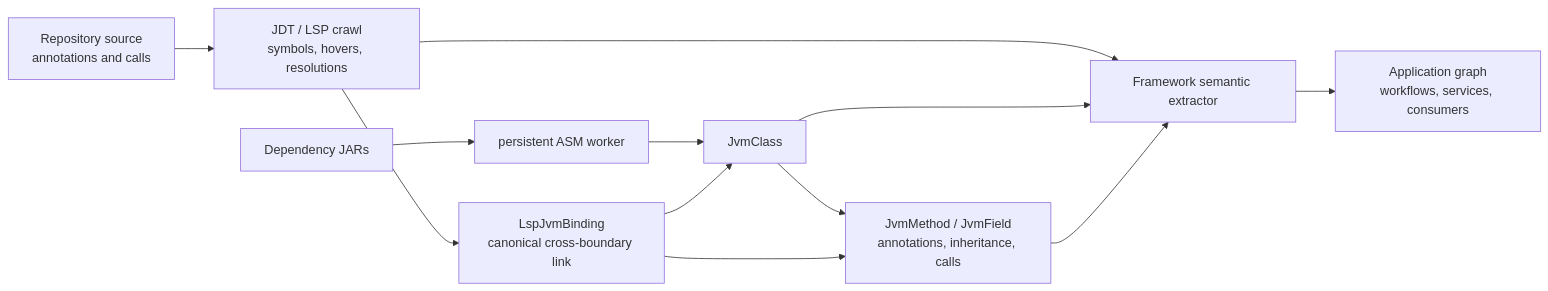
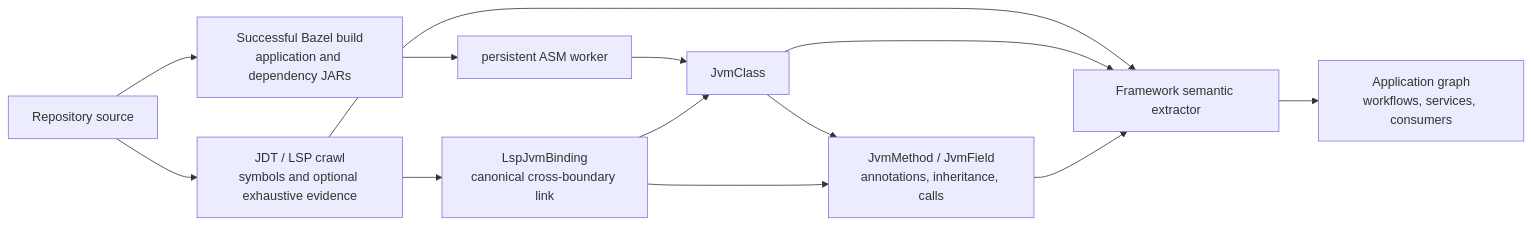
Before and after one commit to excitedlybored/lsp_link: the diagram in indexer/README.md, drawn with Mermaid. The commit also changed other lines of this file and 53 other files, not shown here.

````diff
--- a/indexer/README.md
+++ b/indexer/README.md
@@ -247,13 +255,14 @@
 ```mermaid
 flowchart LR
-  S["Repository source\nannotations and calls"] --> L["JDT / LSP crawl\nsymbols, hovers, resolutions"]
+  S["Repository source"] --> BZ["Successful Bazel build\napplication and dependency JARs"]
+  S --> L["JDT / LSP crawl\nsymbols and optional exhaustive evidence"]
   L --> B["LspJvmBinding\ncanonical cross-boundary link"]
-  J["Dependency JARs"] --> V["persistent ASM worker"]
+  BZ --> V["persistent ASM worker"]
   V --> C["JvmClass"] --> M["JvmMethod / JvmField\nannotations, inheritance, calls"]
   B --> C
   B --> M
   L --> F["Framework semantic extractor"]
   C --> F
   M --> F
   F --> G["Application graph\nworkflows, services, consumers"]
 ```
````
